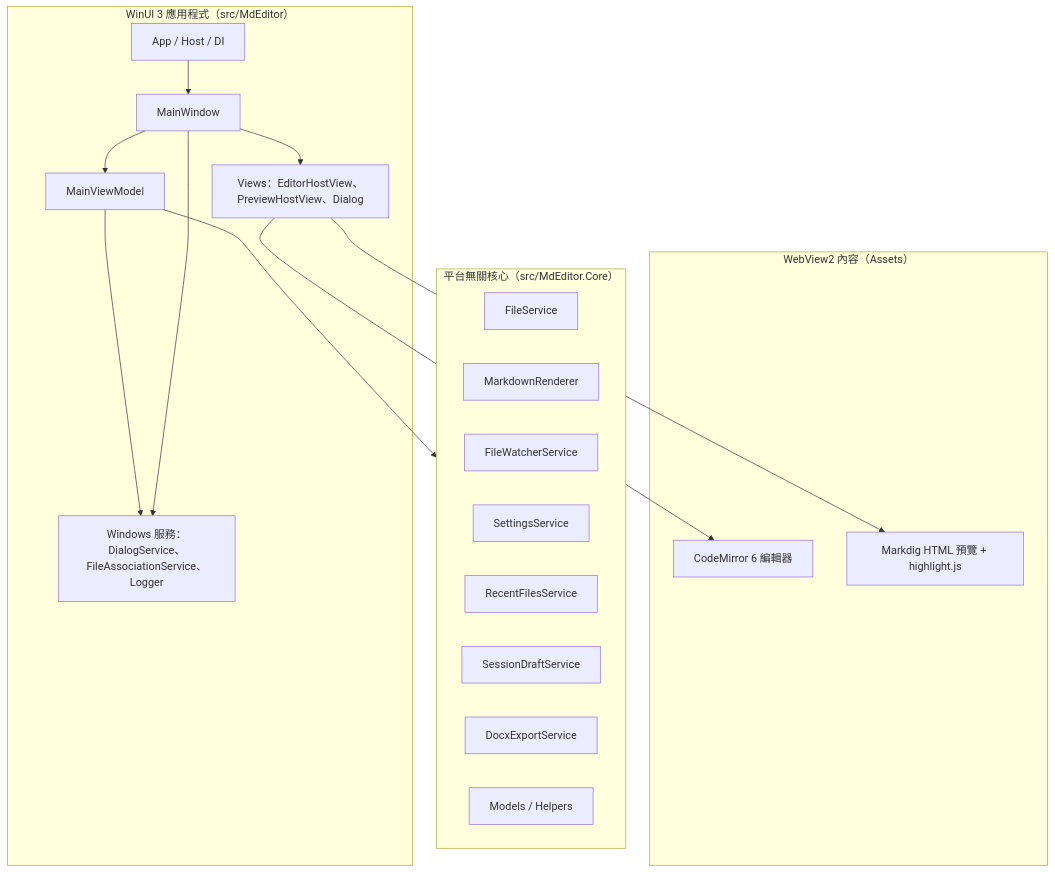
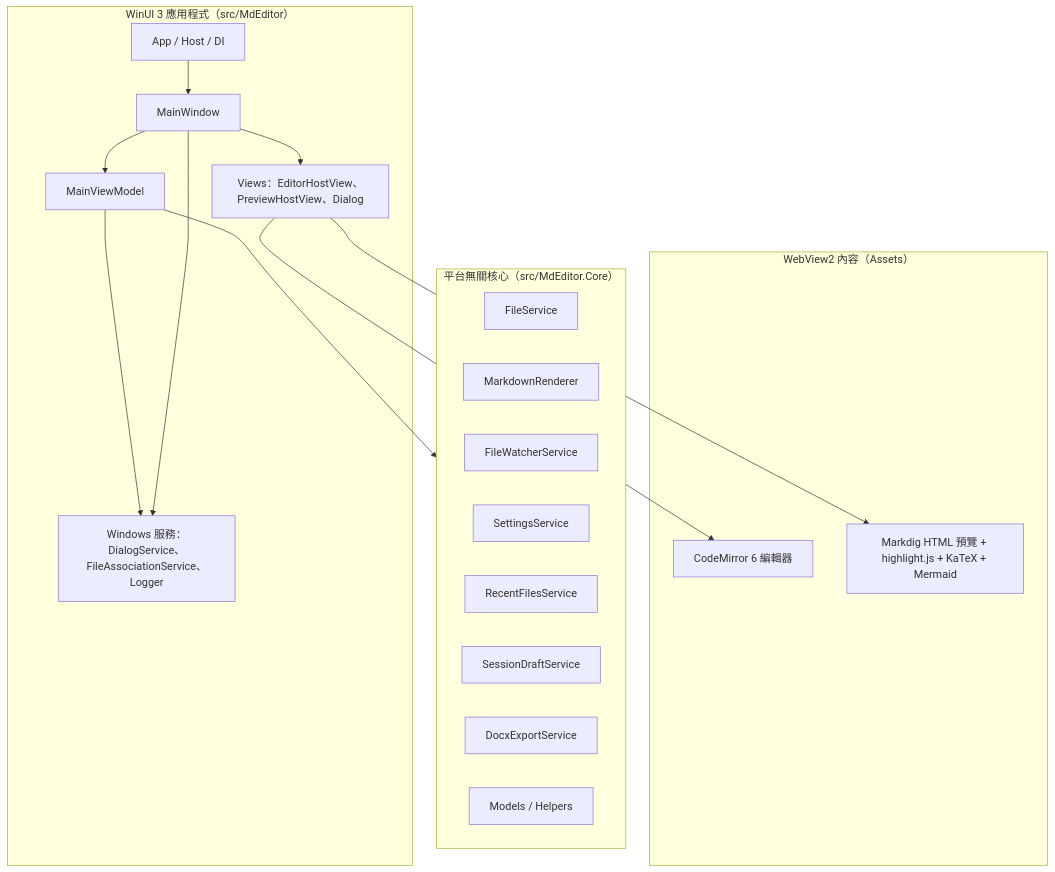
Before and after one commit to mark216tw/win-mdeditor-01: the first of 6 diagrams in docs/系統架構.md, drawn with Mermaid. The commit also changed other lines of this file and 82 other files, not shown here.

First line of the commit message:
新增數學公式與 Mermaid 圖表預覽

````diff
--- a/docs/系統架構.md
+++ b/docs/系統架構.md
@@ -7,35 +7,35 @@
 ```mermaid
 flowchart TB
     subgraph UI["WinUI 3 應用程式（src/MdEditor）"]
         App[App / Host / DI]
         MainWindow[MainWindow]
         VM[MainViewModel]
         Views[Views：EditorHostView、PreviewHostView、Dialog]
         WinSvc[Windows 服務：DialogService、FileAssociationService、Logger]
     end
 
     subgraph Core["平台無關核心（src/MdEditor.Core）"]
         FileSvc[FileService]
         Renderer[MarkdownRenderer]
         Watcher[FileWatcherService]
         Settings[SettingsService]
         Recent[RecentFilesService]
         Drafts[SessionDraftService]
         Docx[DocxExportService]
         Models[Models / Helpers]
     end
 
     subgraph Web["WebView2 內容（Assets）"]
         Editor[CodeMirror 6 編輯器]
-        Preview[Markdig HTML 預覽 + highlight.js]
+        Preview[Markdig HTML 預覽 + highlight.js + KaTeX + Mermaid]
     end
 
     App --> MainWindow
     MainWindow --> VM
     MainWindow --> Views
     Views --> Editor
     Views --> Preview
     VM --> Core
     VM --> WinSvc
     MainWindow --> WinSvc
 ```
````
